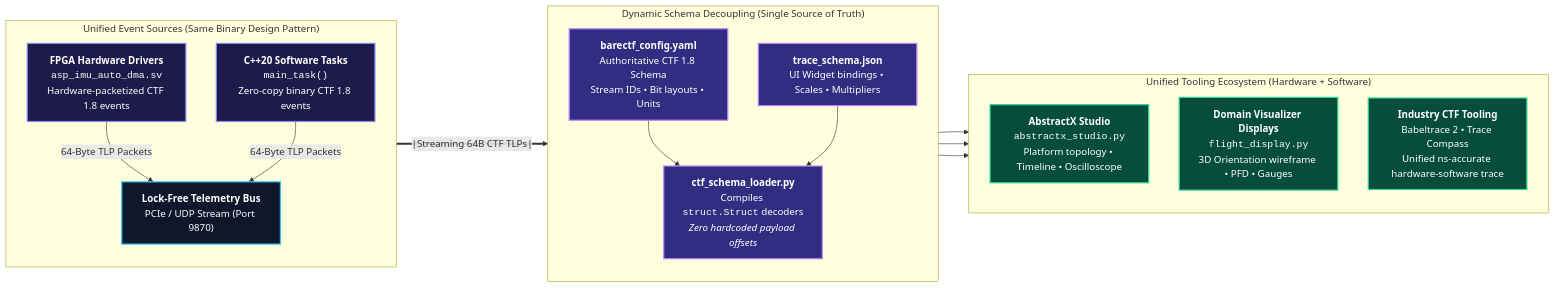
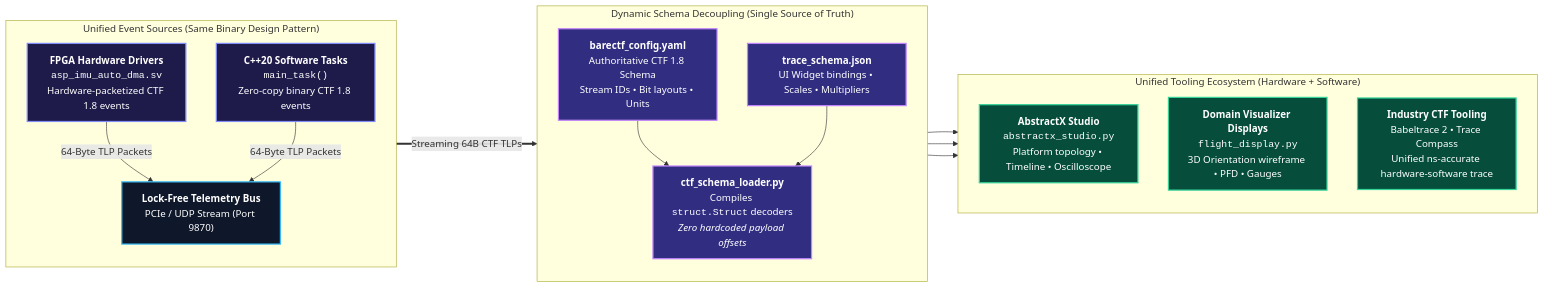
One commit to tcmichals/AbstractX changed the seventh of 8 diagrams in README.md. Above: the diagram before and after it, drawn with Mermaid. The commit also changed other lines of this file, not shown here.

Commit message:
fix(docs): resolve GitHub markdown and Mermaid renderer syntax errors in README.md

````diff
--- a/README.md
+++ b/README.md
@@ -481,39 +486,41 @@
 ```mermaid
 flowchart LR
     subgraph SOURCES["Unified Event Sources (Same Binary Design Pattern)"]
         direction TB
         FPGA_SRC["<b>FPGA Hardware Drivers</b><br/><code>asp_imu_auto_dma.sv</code><br/>Hardware-packetized CTF 1.8 events"]
         SW_SRC["<b>C++20 Software Tasks</b><br/><code>main_task()</code><br/>Zero-copy binary CTF 1.8 events"]
-        FPGA_SRC & SW_SRC -->|64-Byte TLP Packets| TLP_BUS["<b>Lock-Free Telemetry Bus</b><br/>PCIe / UDP Stream (Port 9870)"]
+        FPGA_SRC -->|64-Byte TLP Packets| TLP_BUS["<b>Lock-Free Telemetry Bus</b><br/>PCIe / UDP Stream (Port 9870)"]
+        SW_SRC -->|64-Byte TLP Packets| TLP_BUS
     end
 
     subgraph SCHEMA["Dynamic Schema Decoupling (Single Source of Truth)"]
         direction TB
         YAML["<b>barectf_config.yaml</b><br/>Authoritative CTF 1.8 Schema<br/>Stream IDs • Bit layouts • Units"]
         JSON["<b>trace_schema.json</b><br/>UI Widget bindings • Scales • Multipliers"]
         LOADER["<b>ctf_schema_loader.py</b><br/>Compiles <code>struct.Struct</code> decoders<br/><i>Zero hardcoded payload offsets</i>"]
-        YAML & JSON --> LOADER
+        YAML --> LOADER
+        JSON --> LOADER
     end
 
     subgraph TOOLS["Unified Tooling Ecosystem (Hardware + Software)"]
         direction TB
         STUDIO["<b>AbstractX Studio</b><br/><code>abstractx_studio.py</code><br/>Platform topology • Timeline • Oscilloscope"]
         VISUALIZER["<b>Domain Visualizer Displays</b><br/><code>flight_display.py</code><br/>3D Orientation wireframe • PFD • Gauges"]
         BABEL["<b>Industry CTF Tooling</b><br/>Babeltrace 2 • Trace Compass<br/>Unified ns-accurate hardware-software trace"]
     end
 
-    TLP_BUS ==|Streaming 64B CTF TLPs|==> LOADER
+    TLP_BUS ==>|Streaming 64B CTF TLPs| LOADER
     LOADER --> STUDIO
     LOADER --> VISUALIZER
     LOADER --> BABEL
 
     classDef srcStyle fill:#1e1b4b,stroke:#818cf8,stroke-width:2px,color:#ffffff;
     classDef busStyle fill:#0f172a,stroke:#38bdf8,stroke-width:2px,color:#ffffff;
     classDef schemaStyle fill:#312e81,stroke:#c084fc,stroke-width:2px,color:#ffffff;
     classDef toolStyle fill:#064e3b,stroke:#34d399,stroke-width:2px,color:#ffffff;
 
     class FPGA_SRC,SW_SRC srcStyle;
     class TLP_BUS busStyle;
     class YAML,JSON,LOADER schemaStyle;
     class STUDIO,VISUALIZER,BABEL toolStyle;
 ```
````
